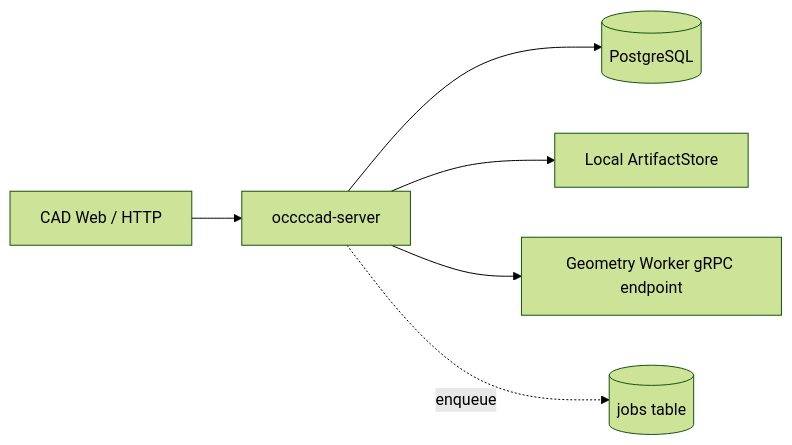
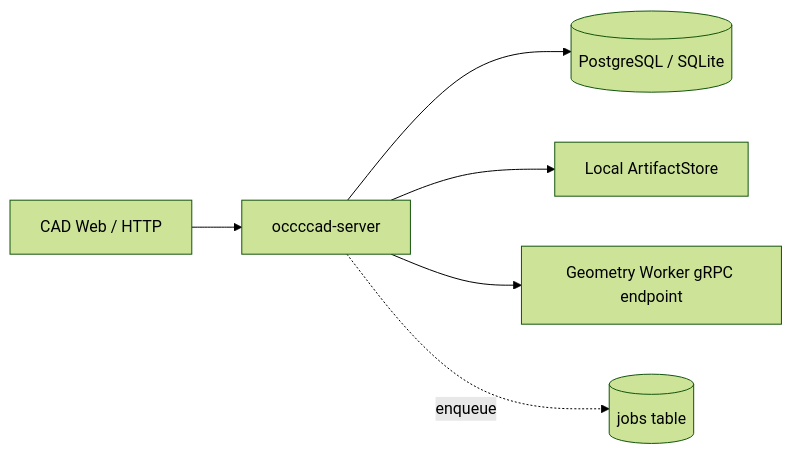
The diagram in services/cmd/occccad-server/README.md (cossoledad/occccad), drawn with Mermaid (forest theme) before and after one commit. The commit also changed other lines of this file and 66 other files, not shown here.

````diff
--- a/services/cmd/occccad-server/README.md
+++ b/services/cmd/occccad-server/README.md
@@ -20,8 +20,8 @@
 ```mermaid
 flowchart LR
     Browser["CAD Web / HTTP"] --> Server["occccad-server"]
-    Server --> DB[(PostgreSQL)]
+    Server --> DB[(PostgreSQL / SQLite)]
     Server --> Store["Local ArtifactStore"]
     Server --> Router["Geometry Worker gRPC endpoint"]
     Server -. "enqueue" .-> Jobs[(jobs table)]
 ```
````
